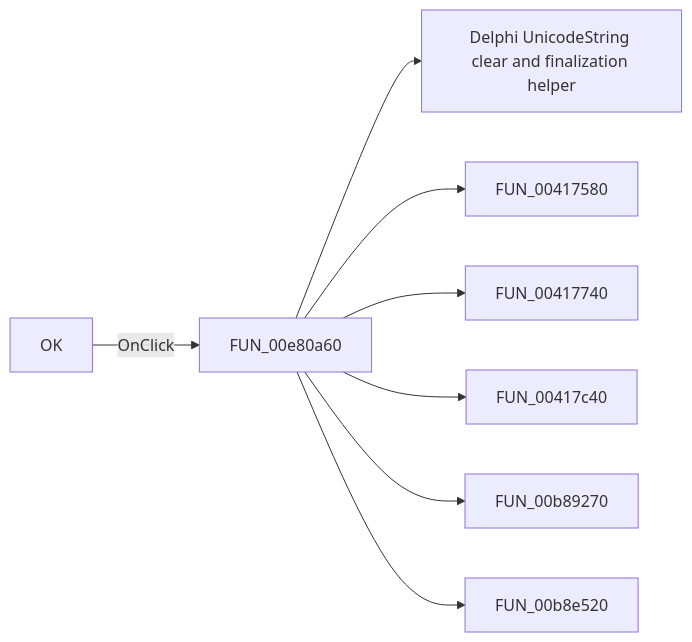
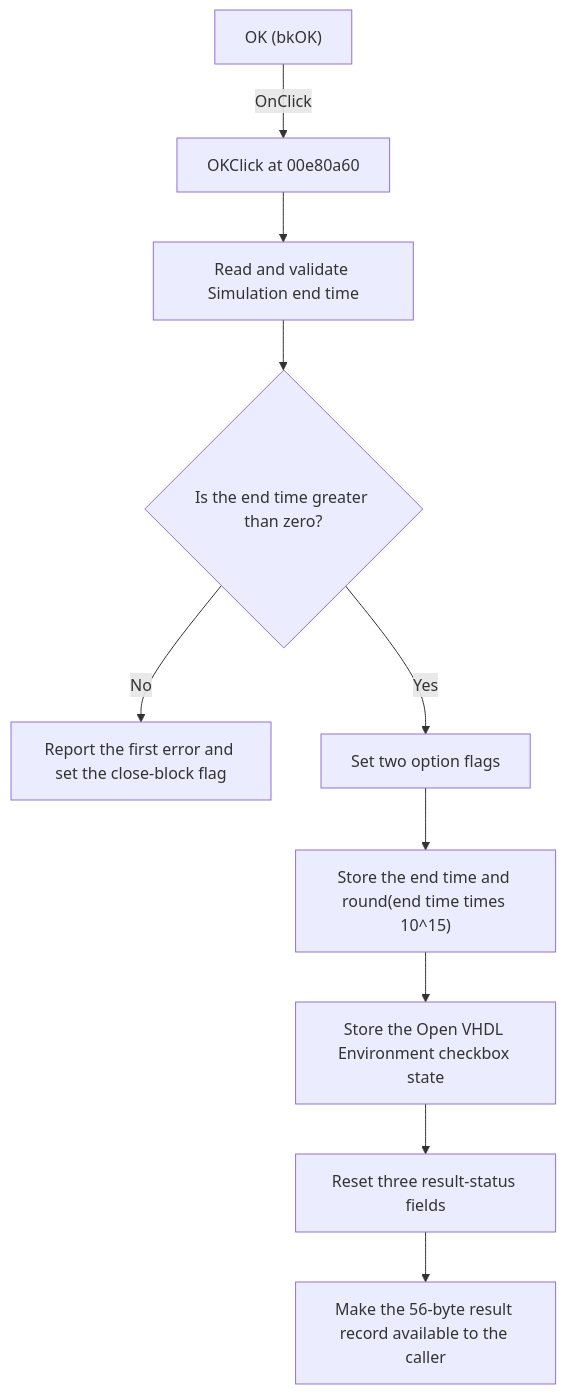
One commit to MovGP0/TIARA changed the diagram in docs/ui-controls/vhdloptions3/ok-81ee20748a.md. Above: the diagram before and after it, drawn with Mermaid. The commit also changed other lines of this file and 1062 other files, not shown here.

````diff
--- a/docs/ui-controls/vhdloptions3/ok-81ee20748a.md
+++ b/docs/ui-controls/vhdloptions3/ok-81ee20748a.md
@@ -27,10 +31,12 @@
 ```mermaid
-flowchart LR
-    control["OK"] -->|OnClick| handler["FUN_00e80a60"]
-    handler --> call1["Delphi UnicodeString clear and finalization helper"]
-    handler --> call2["FUN_00417580"]
-    handler --> call3["FUN_00417740"]
-    handler --> call4["FUN_00417c40"]
-    handler --> call5["FUN_00b89270"]
-    handler --> call6["FUN_00b8e520"]
+flowchart TD
+    control["OK (bkOK)"] -->|OnClick| handler["OKClick at 00e80a60"]
+    handler --> read["Read and validate Simulation end time"]
+    read --> valid{"Is the end time greater than zero?"}
+    valid -->|No| error["Report the first error and set the close-block flag"]
+    valid -->|Yes| initialize["Set two option flags"]
+    initialize --> storeTime["Store the end time and round(end time times 10^15)"]
+    storeTime --> checkbox["Store the Open VHDL Environment checkbox state"]
+    checkbox --> reset["Reset three result-status fields"]
+    reset --> result["Make the 56-byte result record available to the caller"]
 ```
````
